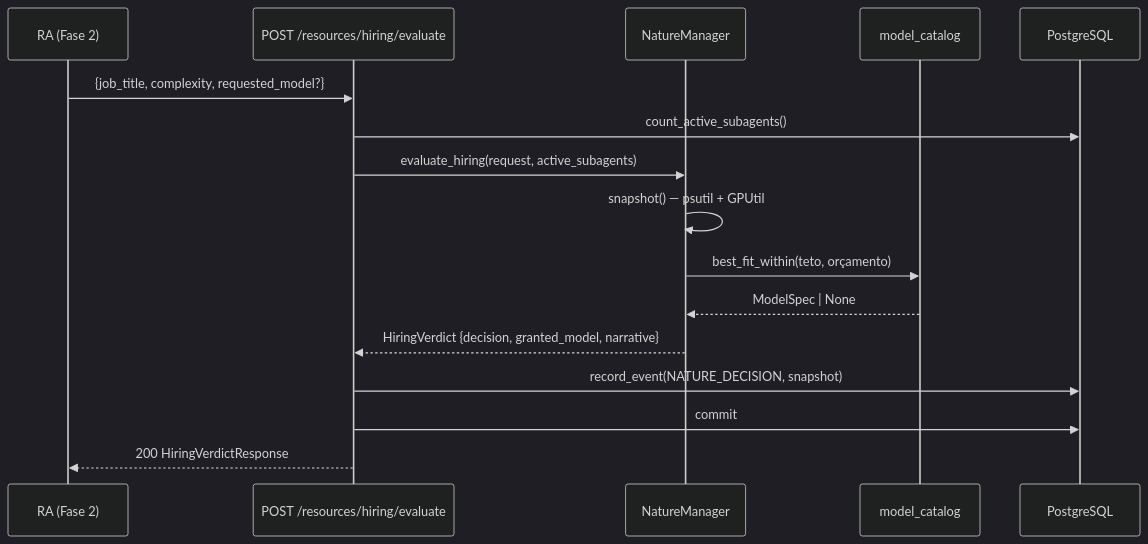
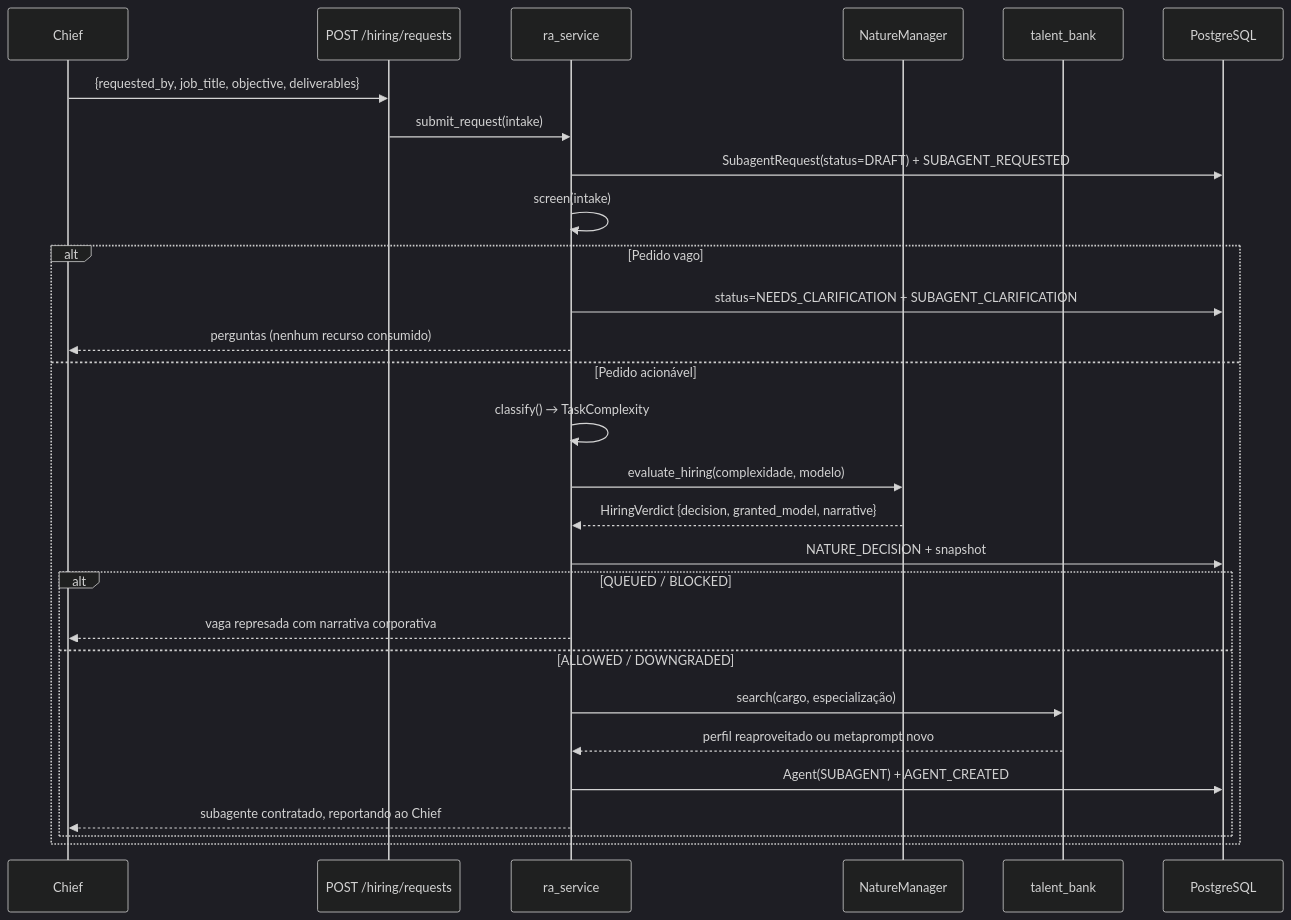
Before and after one commit to willrockoliv/they-work: the sixth of 7 diagrams in docs/ARCHITECTURE.md, drawn with Mermaid (dark theme). The commit also changed other lines of this file and 44 other files, not shown here.

First line of the commit message:
feat(fase 2): expand architecture documentation and introduce new services

````diff
--- a/docs/ARCHITECTURE.md
+++ b/docs/ARCHITECTURE.md
@@ -333,19 +477,31 @@
 ```mermaid
 sequenceDiagram
-    participant RA as RA (Fase 2)
-    participant R as POST /resources/hiring/evaluate
+    participant C as Chief
+    participant R as POST /hiring/requests
+    participant RA as ra_service
     participant N as NatureManager
-    participant Cat as model_catalog
+    participant TB as talent_bank
     participant DB as PostgreSQL
 
-    RA->>R: {job_title, complexity, requested_model?}
-    R->>DB: count_active_subagents()
-    R->>N: evaluate_hiring(request, active_subagents)
-    N->>N: snapshot() — psutil + GPUtil
-    N->>Cat: best_fit_within(teto, orçamento)
-    Cat-->>N: ModelSpec | None
-    N-->>R: HiringVerdict {decision, granted_model, narrative}
-    R->>DB: record_event(NATURE_DECISION, snapshot)
-    R->>DB: commit
-    R-->>RA: 200 HiringVerdictResponse
+    C->>R: {requested_by, job_title, objective, deliverables}
+    R->>RA: submit_request(intake)
+    RA->>DB: SubagentRequest(status=DRAFT) + SUBAGENT_REQUESTED
+    RA->>RA: screen(intake)
+    alt Pedido vago
+        RA->>DB: status=NEEDS_CLARIFICATION + SUBAGENT_CLARIFICATION
+        RA-->>C: perguntas (nenhum recurso consumido)
+    else Pedido acionável
+        RA->>RA: classify() → TaskComplexity
+        RA->>N: evaluate_hiring(complexidade, modelo)
+        N-->>RA: HiringVerdict {decision, granted_model, narrative}
+        RA->>DB: NATURE_DECISION + snapshot
+        alt QUEUED / BLOCKED
+            RA-->>C: vaga represada com narrativa corporativa
+        else ALLOWED / DOWNGRADED
+            RA->>TB: search(cargo, especialização)
+            TB-->>RA: perfil reaproveitado ou metaprompt novo
+            RA->>DB: Agent(SUBAGENT) + AGENT_CREATED
+            RA-->>C: subagente contratado, reportando ao Chief
+        end
+    end
 ```
````
